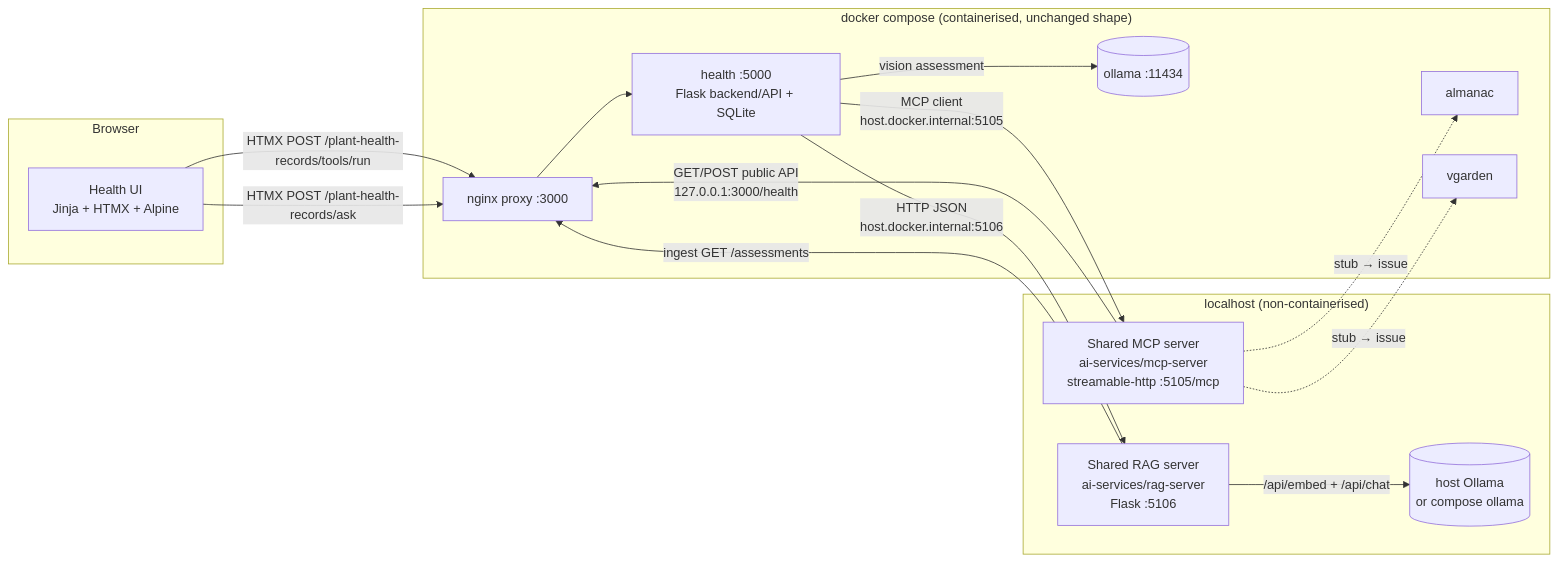
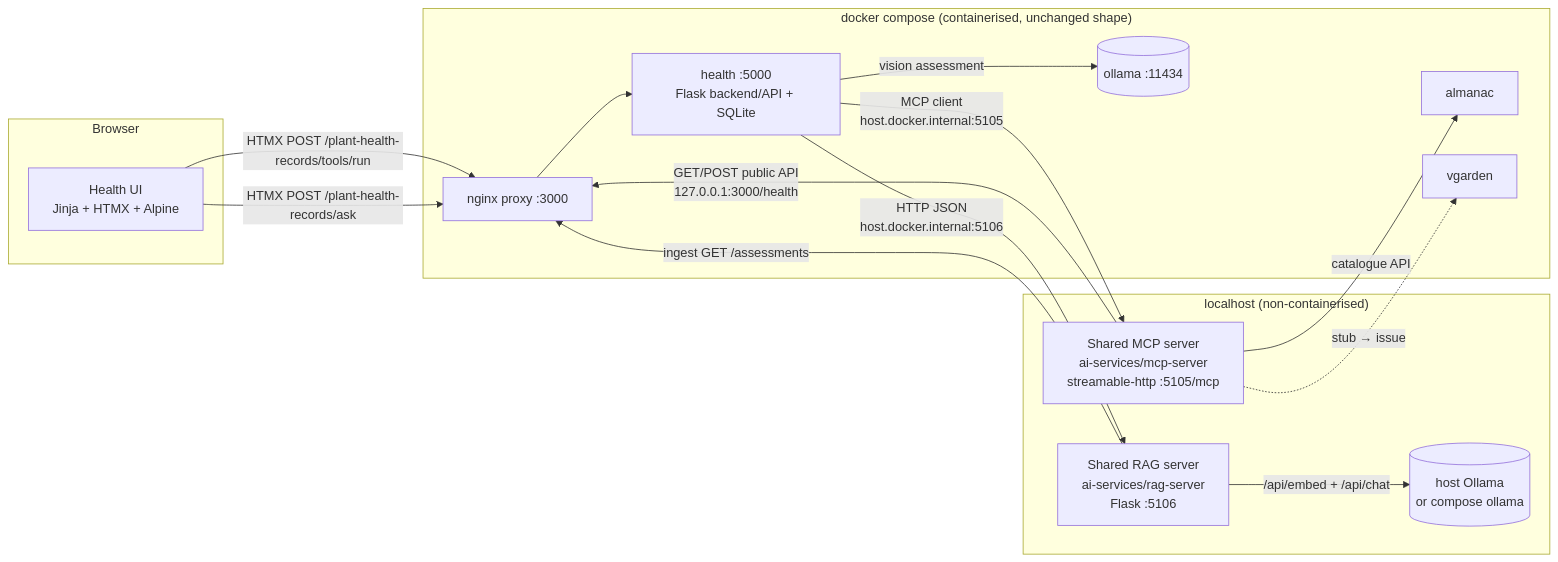
The diagram in docs/ai/mcp-rag-design.md (Bageutter/Plant-Management-System), drawn with Mermaid before and after one commit. The commit also changed other lines of this file and 45 other files, not shown here.

````diff
--- a/docs/ai/mcp-rag-design.md
+++ b/docs/ai/mcp-rag-design.md
@@ -29,31 +29,31 @@
 ```mermaid
 flowchart LR
     subgraph Browser
         U[Health UI<br/>Jinja + HTMX + Alpine]
     end
 
     subgraph compose["docker compose (containerised, unchanged shape)"]
         P[nginx proxy :3000]
         H[health :5000<br/>Flask backend/API + SQLite]
         A[almanac]
         V[vgarden]
         O[(ollama :11434)]
     end
 
     subgraph host["localhost (non-containerised)"]
         M["Shared MCP server<br/>ai-services/mcp-server<br/>streamable-http :5105/mcp"]
         R["Shared RAG server<br/>ai-services/rag-server<br/>Flask :5106"]
         OL[(host Ollama<br/>or compose ollama)]
     end
 
     U -->|HTMX POST /plant-health-records/tools/run| P --> H
     U -->|HTMX POST /plant-health-records/ask| P
     H -->|MCP client<br/>host.docker.internal:5105| M
     H -->|HTTP JSON<br/>host.docker.internal:5106| R
     M -->|GET/POST public API<br/>127.0.0.1:3000/health| P
-    M -.->|stub → issue| A
+    M -->|catalogue API| A
     M -.->|stub → issue| V
     R -->|ingest GET /assessments| P
     R -->|/api/embed + /api/chat| OL
     H -->|vision assessment| O
 ```
````
